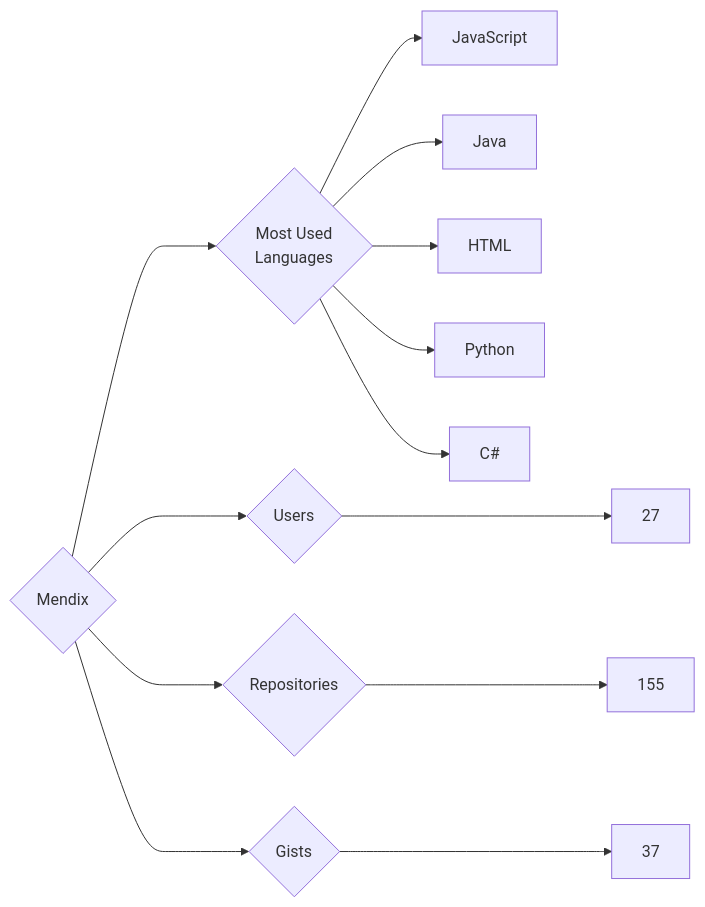
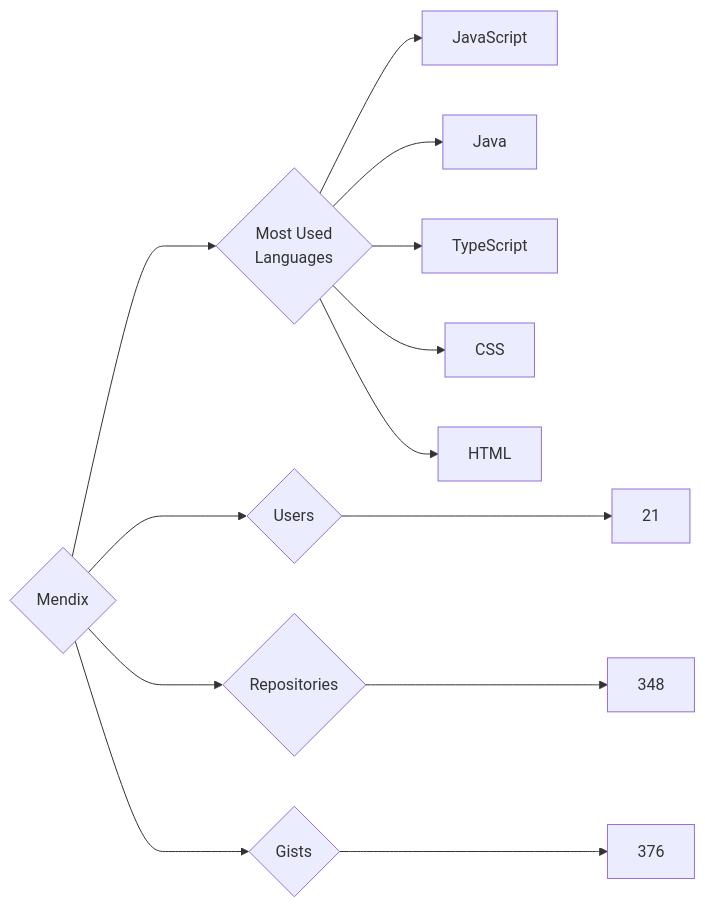
One commit to trickest/insiders changed the diagram in targets/Mendix/README.md. Above: the diagram before and after it, drawn with Mermaid. The commit also changed 796 other files, not shown here.

````diff
--- a/targets/Mendix/README.md
+++ b/targets/Mendix/README.md
@@ -3,13 +3,13 @@
 ```mermaid
 graph LR
 COMPANY_NAME{Mendix}
-COMPANY_NAME ---> U{Users} ---> UN[27]
-COMPANY_NAME ---> R{Repositories} ---> RN[155]
-COMPANY_NAME ---> G{Gists} ---> GN[37]
+COMPANY_NAME ---> U{Users} ---> UN[21]
+COMPANY_NAME ---> R{Repositories} ---> RN[348]
+COMPANY_NAME ---> G{Gists} ---> GN[376]
 COMPANY_NAME ---> ML{Most Used<br>Languages}
 ML --> JavaScript[JavaScript]
 ML --> Java[Java]
+ML --> TypeScript[TypeScript]
+ML --> CSS[CSS]
 ML --> HTML[HTML]
-ML --> Python[Python]
-ML --> C#[C#]
 ```
````
